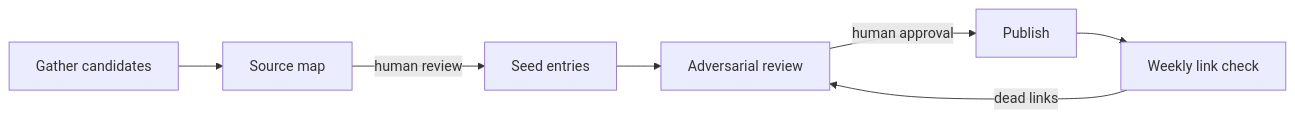
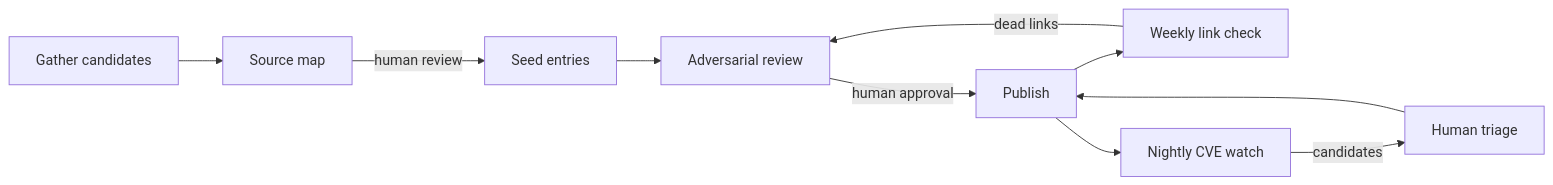
One commit to cdvel/mcp-security-compendium changed the diagram in METHODOLOGY.md. Above: the diagram before and after it, drawn with Mermaid. The commit also changed other lines of this file, not shown here.

Commit message:
docs: describe nightly cve watch in methodology

````diff
--- a/METHODOLOGY.md
+++ b/METHODOLOGY.md
@@ -5,9 +5,12 @@
 ```mermaid
 flowchart LR
     A[Gather candidates] --> B[Source map]
     B -->|human review| C[Seed entries]
     C --> D[Adversarial review]
     D -->|human approval| E[Publish]
     E --> F[Weekly link check]
     F -->|dead links| D
+    E --> G[Nightly CVE watch]
+    G -->|candidates| H[Human triage]
+    H --> E
 ```
````
